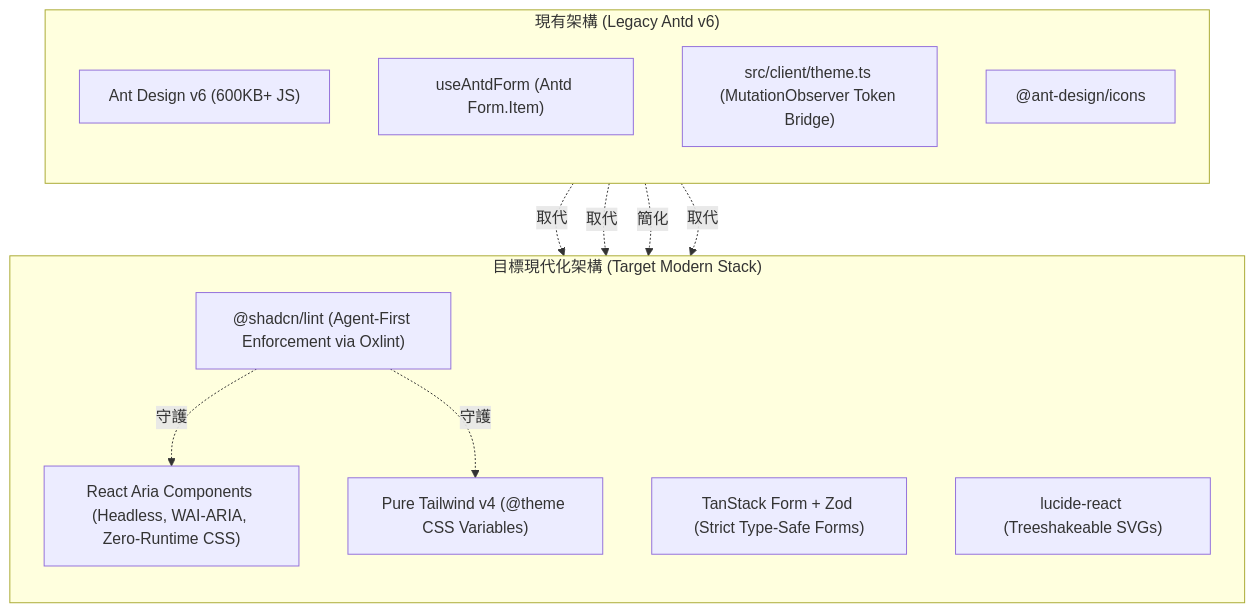
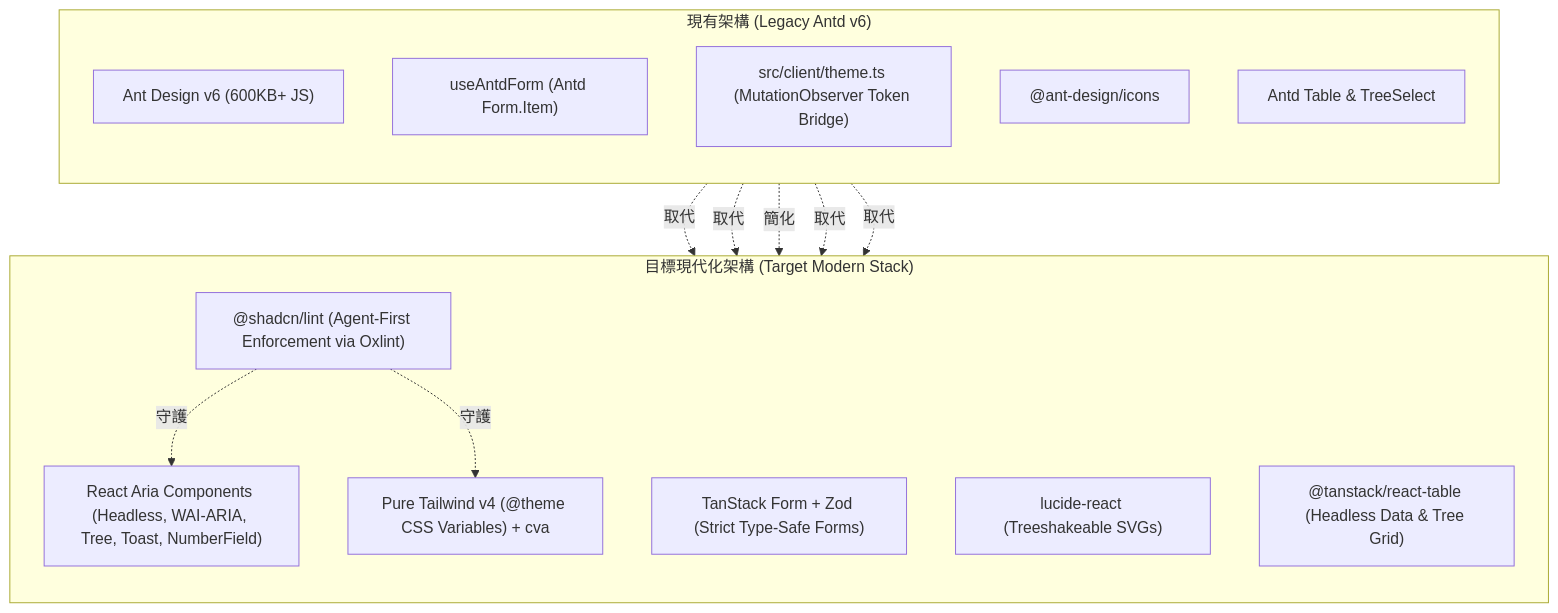
The diagram in docs/migration/master_migration_plan.md (Florencea/vp-hono), drawn with Mermaid before and after one commit. The commit also changed other lines of this file and 5 other files, not shown here.

````diff
--- a/docs/migration/master_migration_plan.md
+++ b/docs/migration/master_migration_plan.md
@@ -36,26 +39,29 @@
 ```mermaid
 flowchart TB
     subgraph Legacy ["現有架構 (Legacy Antd v6)"]
         direction TB
         L1["Ant Design v6 (600KB+ JS)"]
         L2["useAntdForm (Antd Form.Item)"]
         L3["src/client/theme.ts (MutationObserver Token Bridge)"]
         L4["@ant-design/icons"]
+        L5["Antd Table & TreeSelect"]
     end
 
     subgraph Target ["目標現代化架構 (Target Modern Stack)"]
         direction TB
-        T1["React Aria Components (Headless, WAI-ARIA, Zero-Runtime CSS)"]
+        T1["React Aria Components (Headless, WAI-ARIA, Tree, Toast, NumberField)"]
         T2["TanStack Form + Zod (Strict Type-Safe Forms)"]
-        T3["Pure Tailwind v4 (@theme CSS Variables)"]
+        T3["Pure Tailwind v4 (@theme CSS Variables) + cva"]
         T4["lucide-react (Treeshakeable SVGs)"]
-        T5["@shadcn/lint (Agent-First Enforcement via Oxlint)"]
+        T5["@tanstack/react-table (Headless Data & Tree Grid)"]
+        T6["@shadcn/lint (Agent-First Enforcement via Oxlint)"]
     end
 
     L1 -.->|取代| T1
     L2 -.->|取代| T2
     L3 -.->|簡化| T3
     L4 -.->|取代| T4
-    T5 -.->|守護| T1
-    T5 -.->|守護| T3
+    L5 -.->|取代| T5
+    T6 -.->|守護| T1
+    T6 -.->|守護| T3
 ```
````
